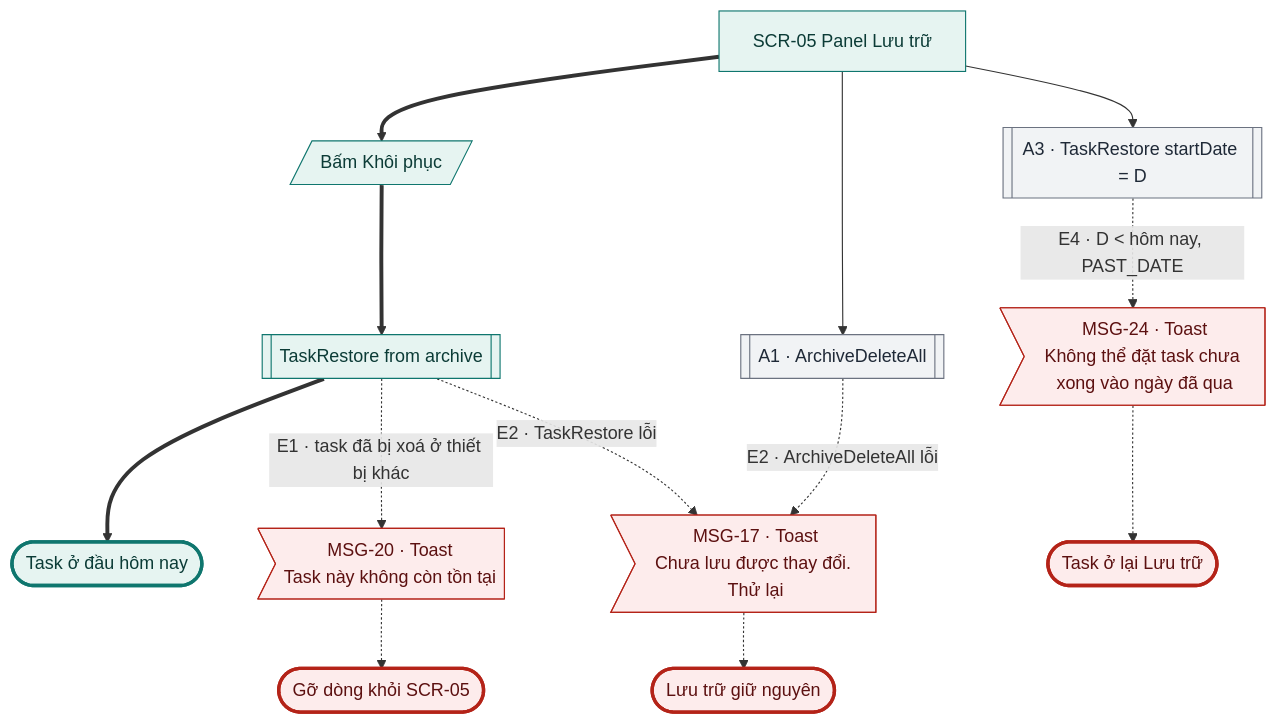
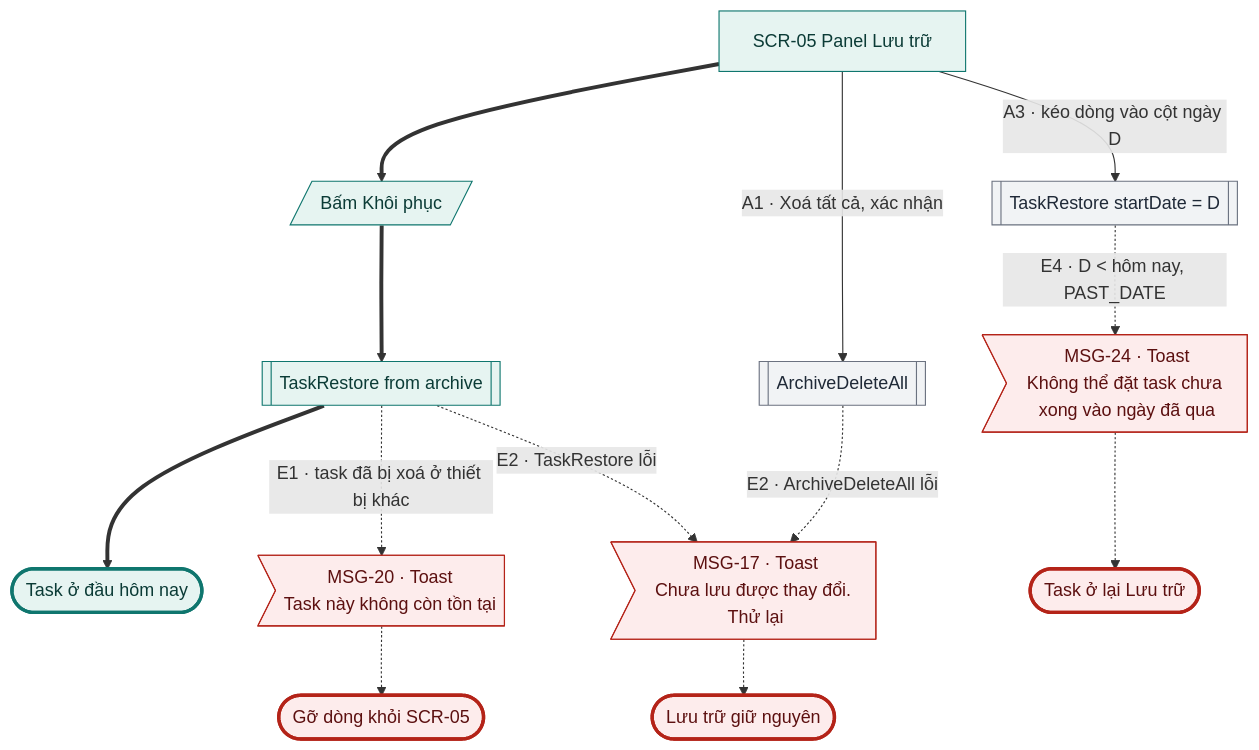
Diagram 16 of 18 in docs/design-brief/flow/g06-backlog-rollover.md (tannguyenho/personal-app), drawn with Mermaid before and after one commit. The commit also changed other lines of this file, not shown here.

Commit message:
docs(flow): user flow G10 trợ lý AI (#10)
Claude-Session: https://claude.ai/code/session_017CUJJ9MrssrjFTzkm6n9UK

````diff
--- a/docs/design-brief/flow/g06-backlog-rollover.md
+++ b/docs/design-brief/flow/g06-backlog-rollover.md
@@ -647,35 +647,35 @@
 ```mermaid
 flowchart TD
   s1["SCR-05 Panel Lưu trữ"]
   u1[/"Bấm Khôi phục"/]
   p2[["TaskRestore from archive"]]
   ok(["Task ở đầu hôm nay"])
   s1 ==> u1 ==> p2 ==> ok
-  a1p[["A1 · ArchiveDeleteAll"]]
-  a3[["A3 · TaskRestore startDate = D"]]
-  s1 --> a1p
-  s1 --> a3
+  a1p[["ArchiveDeleteAll"]]
+  a3[["TaskRestore startDate = D"]]
+  s1 -->|"A1 · Xoá tất cả, xác nhận"| a1p
+  s1 -->|"A3 · kéo dòng vào cột ngày D"| a3
 
   p2 -.->|"E1 · task đã bị xoá ở thiết bị khác"| e1m>"MSG-20 · Toast<br/>Task này không còn tồn tại"]
   e1m -.-> e1(["Gỡ dòng khỏi SCR-05"])
   p2 -.->|"E2 · TaskRestore lỗi"| e2m>"MSG-17 · Toast<br/>Chưa lưu được thay đổi. Thử lại"]
   a1p -.->|"E2 · ArchiveDeleteAll lỗi"| e2m
   e2m -.-> e2(["Lưu trữ giữ nguyên"])
   a3 -.->|"E4 · D < hôm nay, PAST_DATE"| e4m>"MSG-24 · Toast<br/>Không thể đặt task chưa xong vào ngày đã qua"]
   e4m -.-> e4(["Task ở lại Lưu trữ"])
 
   class s1,u1,p2 happy
   class a1p,a3 alt
   class e1m,e2m,e4m err
   class ok done
   class e1,e2,e4 fail
   classDef happy fill:#E6F4F1,stroke:#0F766E,color:#0B3B36
   classDef alt fill:#F1F3F5,stroke:#6B7280,color:#1F2937
   classDef err fill:#FDECEC,stroke:#B42318,color:#5C1010
   classDef warn fill:#FEF4E2,stroke:#B45309,color:#4A2604
   classDef ai fill:#F1ECFD,stroke:#6D28D9,color:#2E1065
   classDef sync fill:#FFFFFF,stroke:#6B7280,stroke-dasharray:4 3,color:#1F2937
   classDef link fill:#FFFFFF,stroke:#0F766E,stroke-dasharray:4 3,color:#0B3B36
   classDef done fill:#E6F4F1,stroke:#0F766E,stroke-width:3px,color:#0B3B36
   classDef fail fill:#FDECEC,stroke:#B42318,stroke-width:3px,color:#5C1010
 ```
````
